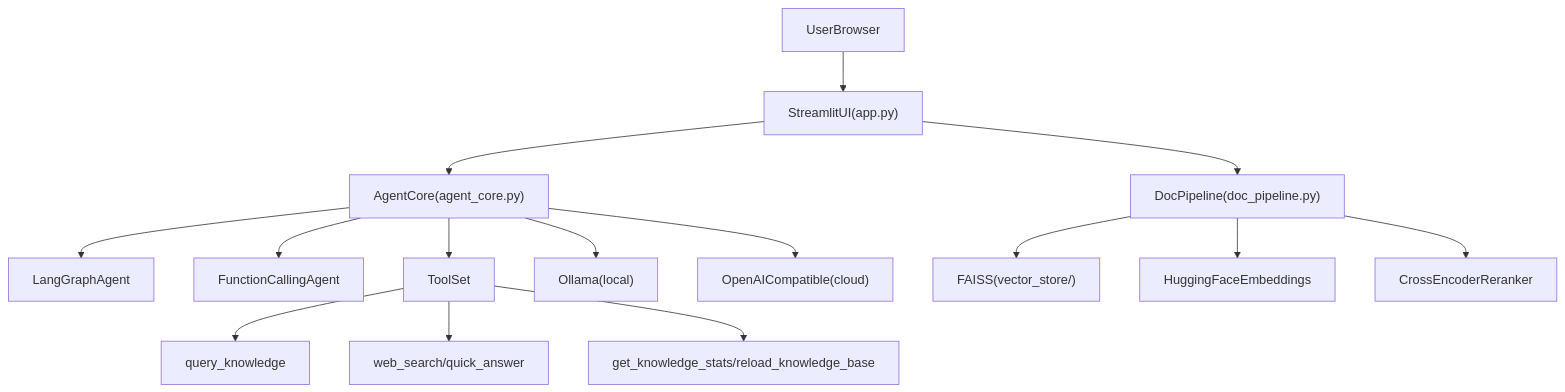
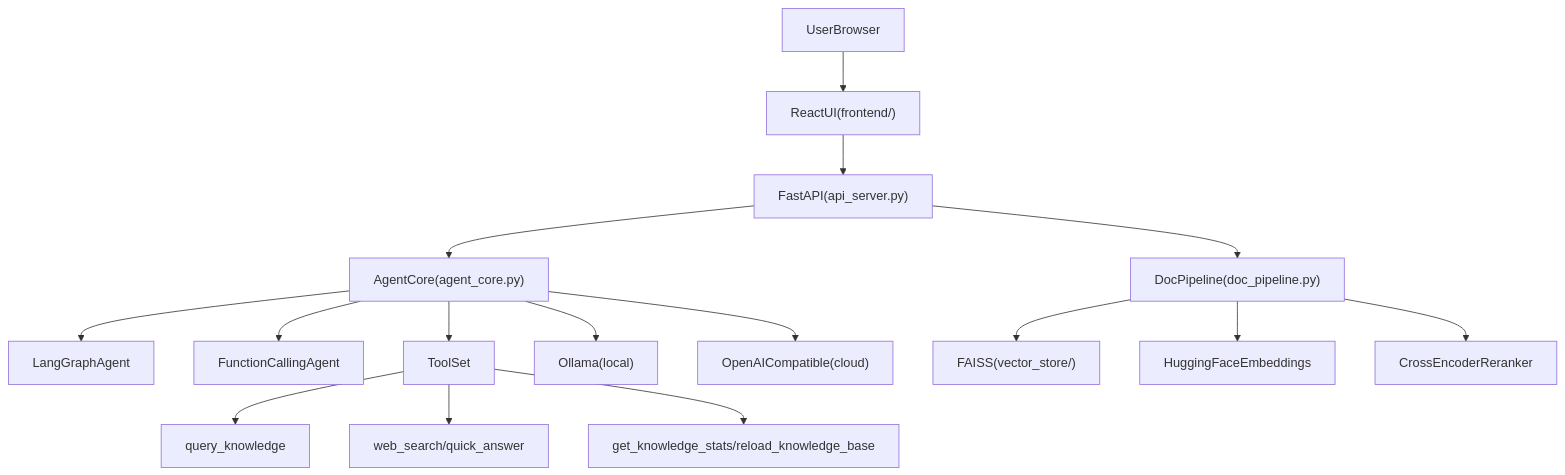
The diagram in README.md (mzx866290-create/InsightDesk), drawn with Mermaid before and after one commit. The commit also changed other lines of this file and 149 other files, not shown here.

````diff
--- a/README.md
+++ b/README.md
@@ -38,21 +38,22 @@
 ```mermaid
 flowchart TD
-    Browser["UserBrowser"] --> UI["StreamlitUI(app.py)"]
-    UI --> Agent["AgentCore(agent_core.py)"]
-    UI --> Pipeline["DocPipeline(doc_pipeline.py)"]
+    Browser["UserBrowser"] --> UI["ReactUI(frontend/)"]
+    UI --> API["FastAPI(api_server.py)"]
+    API --> Agent["AgentCore(agent_core.py)"]
+    API --> Pipeline["DocPipeline(doc_pipeline.py)"]
 
     Agent --> LgMode["LangGraphAgent"]
     Agent --> FcMode["FunctionCallingAgent"]
     Agent --> Tools["ToolSet"]
 
     Tools --> KB["query_knowledge"]
     Tools --> Search["web_search/quick_answer"]
     Tools --> Stats["get_knowledge_stats/reload_knowledge_base"]
 
     Pipeline --> VS["FAISS(vector_store/)"]
     Pipeline --> Embed["HuggingFaceEmbeddings"]
     Pipeline --> Rerank["CrossEncoderReranker"]
 
     Agent --> LocalLLM["Ollama(local)"]
     Agent --> CloudLLM["OpenAICompatible(cloud)"]
 ```
````
